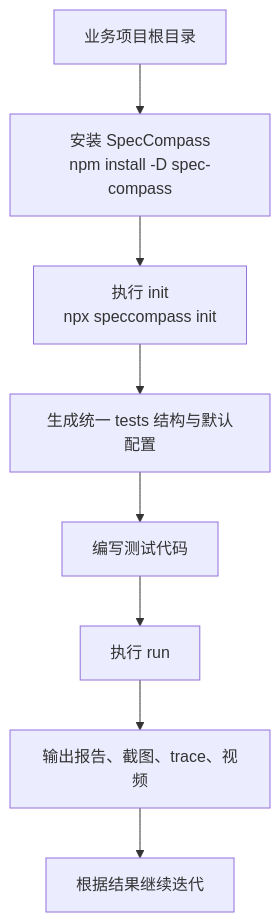
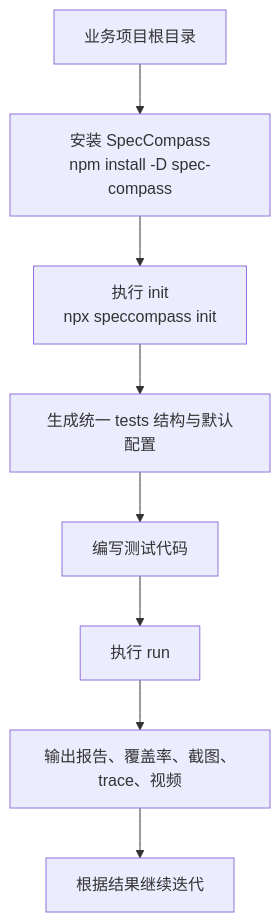
One commit to zhengjynicolas/spec-compass changed the diagram in docs/guide.md. Above: the diagram before and after it, drawn with Mermaid. The commit also changed other lines of this file and 17 other files, not shown here.

````diff
--- a/docs/guide.md
+++ b/docs/guide.md
@@ -14,10 +14,10 @@
 ```mermaid
 flowchart TD
     A["业务项目根目录"] --> B["安装 SpecCompass<br/>npm install -D spec-compass"]
     B --> C["执行 init<br/>npx speccompass init"]
     C --> D["生成统一 tests 结构与默认配置"]
     D --> E["编写测试代码"]
     E --> F["执行 run"]
-    F --> G["输出报告、截图、trace、视频"]
+    F --> G["输出报告、覆盖率、截图、trace、视频"]
     G --> H["根据结果继续迭代"]
 ```
````
